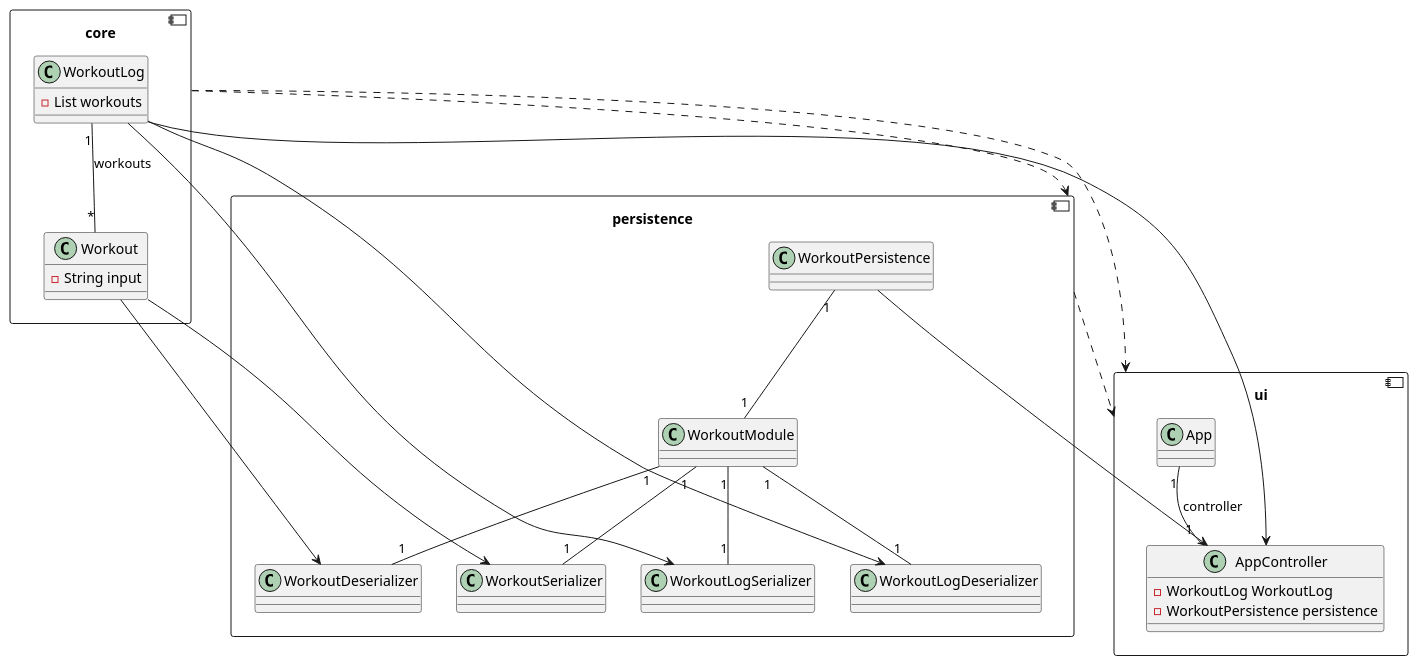
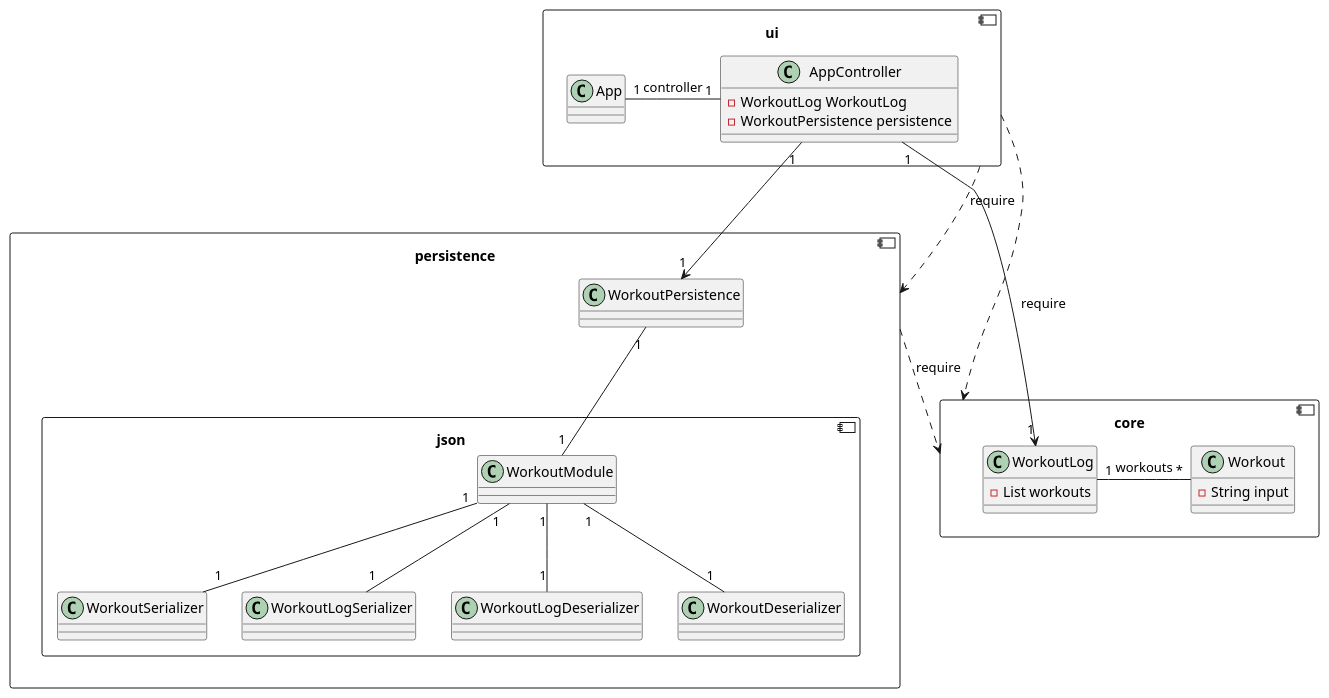
One commit to elinefon/WorkoutApp changed the diagram in workout-app/WorkoutClassDiagram.puml. Above: the diagram before and after it, drawn with PlantUML.

Commit message:
[root] Updated class diagram with less arrows for better readability (#22)

```diff
--- a/workout-app/WorkoutClassDiagram.puml
+++ b/workout-app/WorkoutClassDiagram.puml
@@ -1,51 +1,51 @@
 @startuml WorkoutApp
 
 component core{
     class WorkoutLog {
         -List workouts
     }
     class Workout{
-    -String input
+        -String input
     }
 
-    WorkoutLog "1" -- "*" Workout : workouts
+    WorkoutLog "1" - "*" Workout : workouts
 
 }
 component persistence{
-    class WorkoutSerializer {}
-    class WorkoutLogSerializer{}
-    class WorkoutLogDeserializer{}
-    class WorkoutDeserializer{}
 
-    class WorkoutModule{}
+    component json{
+        class WorkoutSerializer {}
+        class WorkoutLogSerializer{}
+        class WorkoutLogDeserializer{}
+        class WorkoutDeserializer{}
+        class WorkoutModule{}
+    }
+    
     class WorkoutPersistence{}
 
     WorkoutPersistence "1" -- "1" WorkoutModule 
     WorkoutModule "1" -- "1" WorkoutSerializer
     WorkoutModule "1" -- "1" WorkoutDeserializer
     WorkoutModule "1" -- "1" WorkoutLogSerializer
     WorkoutModule "1" -- "1" WorkoutLogDeserializer
 }
 
 component ui{
     class AppController {
     -WorkoutLog WorkoutLog
     -WorkoutPersistence persistence
     }
     class App
 
-    App "1" -- "1" AppController : controller
+    App "1" - "1" AppController : controller
 }
 
-core ..> ui
-persistence ..> ui
-core ..> persistence
+ui ..> core : require
+ui ..> persistence : require
+persistence ..> core : require
 
-WorkoutPersistence --> AppController
-WorkoutLog --> AppController
-Workout --> WorkoutDeserializer
-Workout --> WorkoutSerializer
-WorkoutLog --> WorkoutLogDeserializer
-WorkoutLog --> WorkoutLogSerializer
+AppController "1" --> "1" WorkoutPersistence
+AppController "1"--> "1" WorkoutLog
+
 
 @enduml
```
